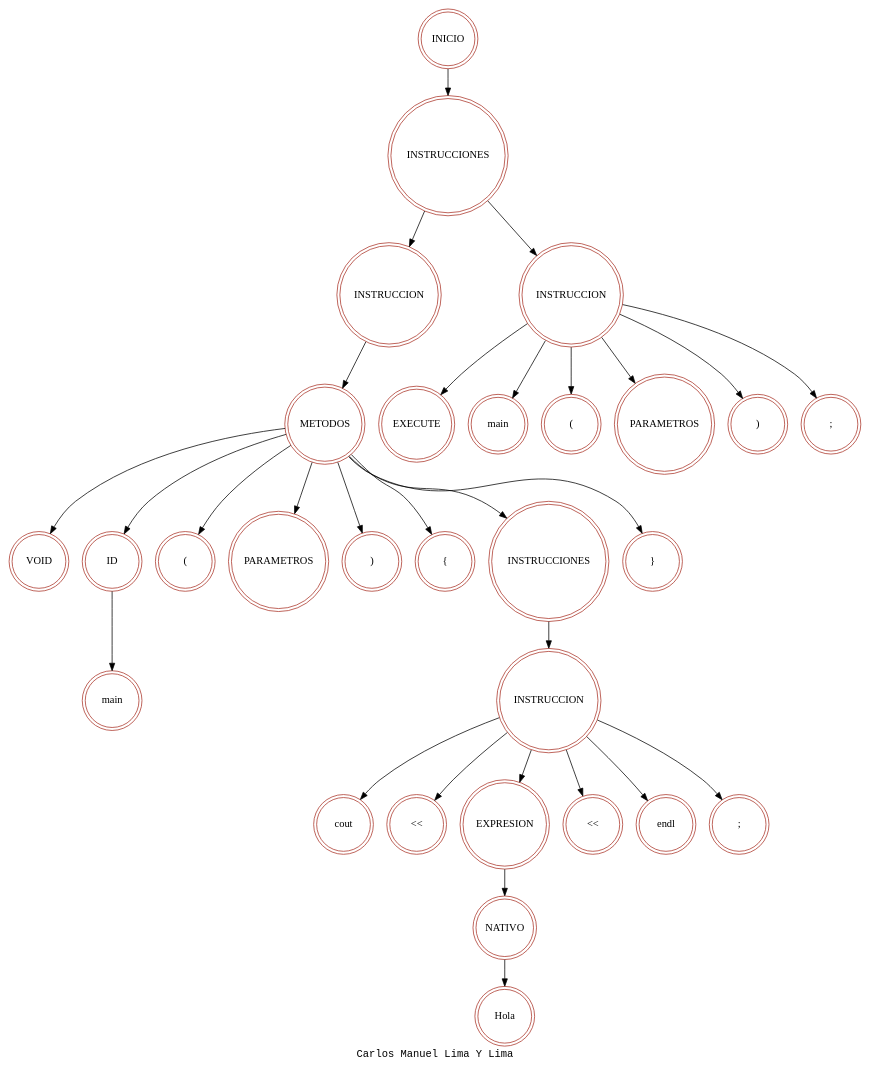
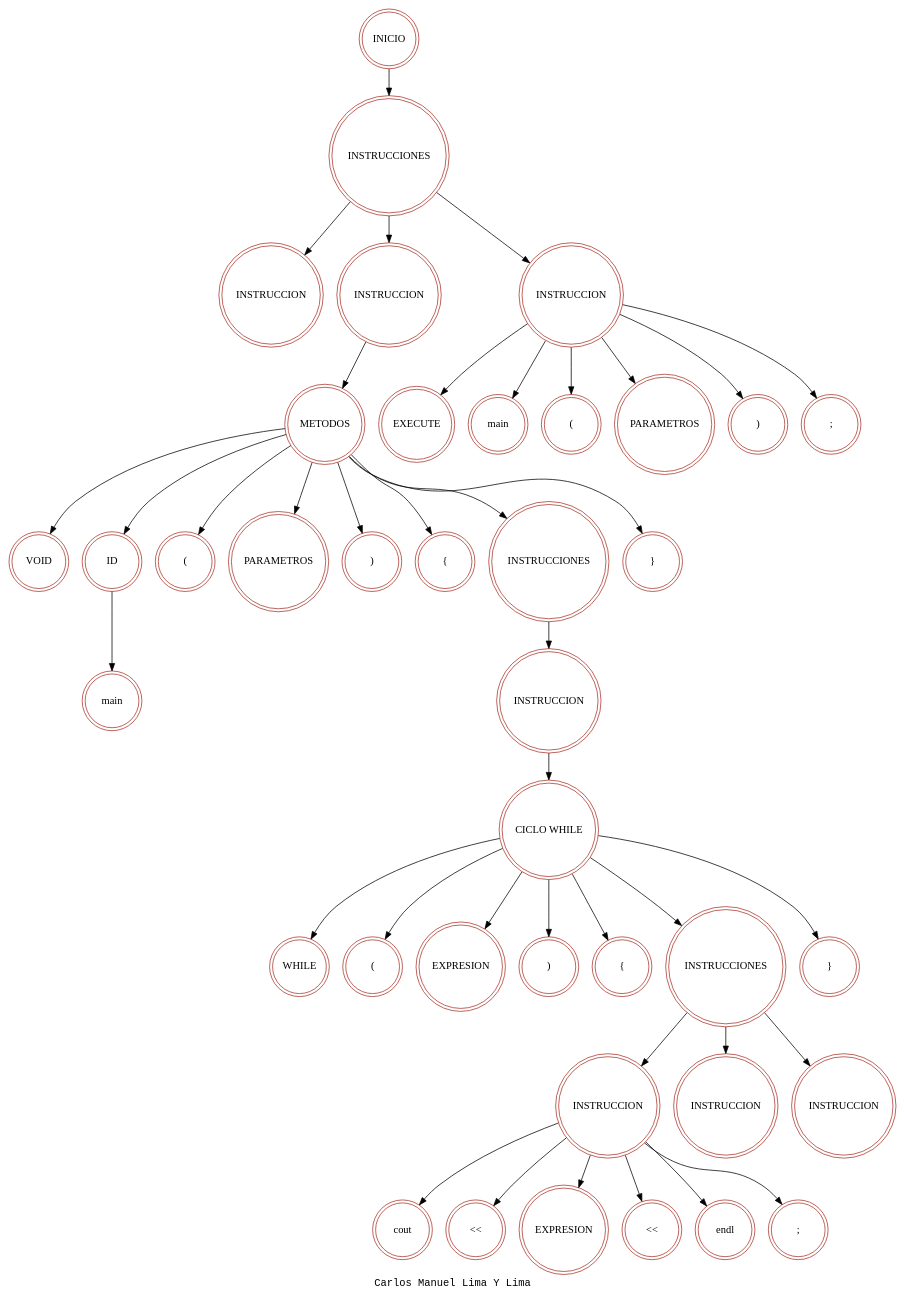
One commit to manuelimal02/OLC1_Proyecto2_202201524 changed the diagram in backend/ReporteArbol.dot. Above: the diagram before and after it, drawn with Graphviz. The commit also changed 21 other files, not shown here.

```diff
--- a/backend/ReporteArbol.dot
+++ b/backend/ReporteArbol.dot
@@ -1,65 +1,85 @@
 digraph ast{
 label="Carlos Manuel Lima Y Lima"fontname="Courier New"node [
 shape = doublecircle
 width = 1.0
 color = "#A93226"
 ]
 nINICIO[label="INICIO"];
 nINSTRUCCIONES[label="INSTRUCCIONES"];
 nINICIO->nINSTRUCCIONES;
-n1[label="INSTRUCCION"];
-nINSTRUCCIONES->n1;
-n2[label="METODOS"];
-n3[label="VOID"];
-n4[label="ID"];
-n5[label="main"];
-n6[label="("];
-n7[label="PARAMETROS"];
-n8[label=")"];
-n9[label="{"];
-n10[label="INSTRUCCIONES"];
-n11[label="INSTRUCCION"];
-n12[label="}"];
-n2 -> n3;
-n2 -> n4;
-n4 -> n5;
-n2 -> n6;
-n2 -> n7;
-n2 -> n8;
-n2 -> n9;
-n2 -> n10;
-n10 -> n11;
-n2 -> n12;
-n1 -> n2;
-n13[label="cout"];
-n14[label="<<"];
-n15[label="EXPRESION"];
-n16[label="<<"];
-n17[label="endl"];
-n18[label=";"];
-n11 -> n13;
-n11 -> n14;
-n11 -> n15;
-n11 -> n16;
-n11 -> n17;
-n11 -> n18;
-n19[label="NATIVO"];
-n20[label="Hola"];
-n19->n20;
-n15->n19;
-n21[label="INSTRUCCION"];
-nINSTRUCCIONES->n21;
-n22[label="EXECUTE"];
-n23[label="main"];
-n24[label="("];
-n25[label="PARAMETROS"];
-n26[label=")"];
-n27[label=";"];
-n21 -> n22;
-n21 -> n23;
-n21 -> n24;
-n21 -> n25;
-n21 -> n26;
-n21 -> n27;
+n45[label="INSTRUCCION"];
+nINSTRUCCIONES->n45;
+n53[label="INSTRUCCION"];
+nINSTRUCCIONES->n53;
+n54[label="METODOS"];
+n55[label="VOID"];
+n56[label="ID"];
+n57[label="main"];
+n58[label="("];
+n59[label="PARAMETROS"];
+n60[label=")"];
+n61[label="{"];
+n62[label="INSTRUCCIONES"];
+n63[label="INSTRUCCION"];
+n64[label="}"];
+n54 -> n55;
+n54 -> n56;
+n56 -> n57;
+n54 -> n58;
+n54 -> n59;
+n54 -> n60;
+n54 -> n61;
+n54 -> n62;
+n62 -> n63;
+n54 -> n64;
+n53 -> n54;
+ n65[label="CICLO WHILE"];
+ n66[label="WHILE"];
+ n67[label="("];
+ n68[label="EXPRESION"];
+ n69[label=")"];
+ n70[label="{"];
+ n71[label="INSTRUCCIONES"];
+ n72[label="INSTRUCCION"];
+ n73[label="INSTRUCCION"];
+ n74[label="INSTRUCCION"];
+ n75[label="}"];
+ n63 -> n65;
+ n65 -> n66;
+ n65 -> n67;
+ n65 -> n68;
+ n65 -> n69;
+ n65 -> n70;
+ n65 -> n71;
+ n71 -> n72;
+ n71 -> n73;
+ n71 -> n74;
+ n65 -> n75;
+n76[label="cout"];
+n77[label="<<"];
+n78[label="EXPRESION"];
+n79[label="<<"];
+n80[label="endl"];
+n81[label=";"];
+n72 -> n76;
+n72 -> n77;
+n72 -> n78;
+n72 -> n79;
+n72 -> n80;
+n72 -> n81;
+n82[label="INSTRUCCION"];
+nINSTRUCCIONES->n82;
+n83[label="EXECUTE"];
+n84[label="main"];
+n85[label="("];
+n86[label="PARAMETROS"];
+n87[label=")"];
+n88[label=";"];
+n82 -> n83;
+n82 -> n84;
+n82 -> n85;
+n82 -> n86;
+n82 -> n87;
+n82 -> n88;
 
 }
```
